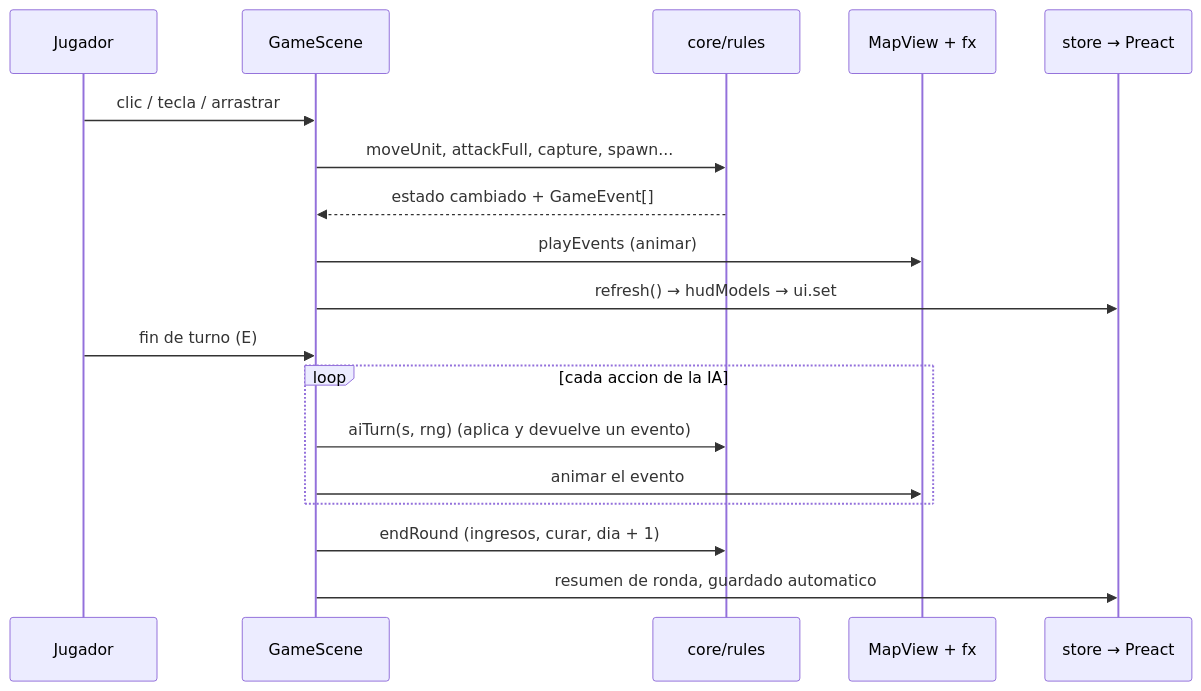
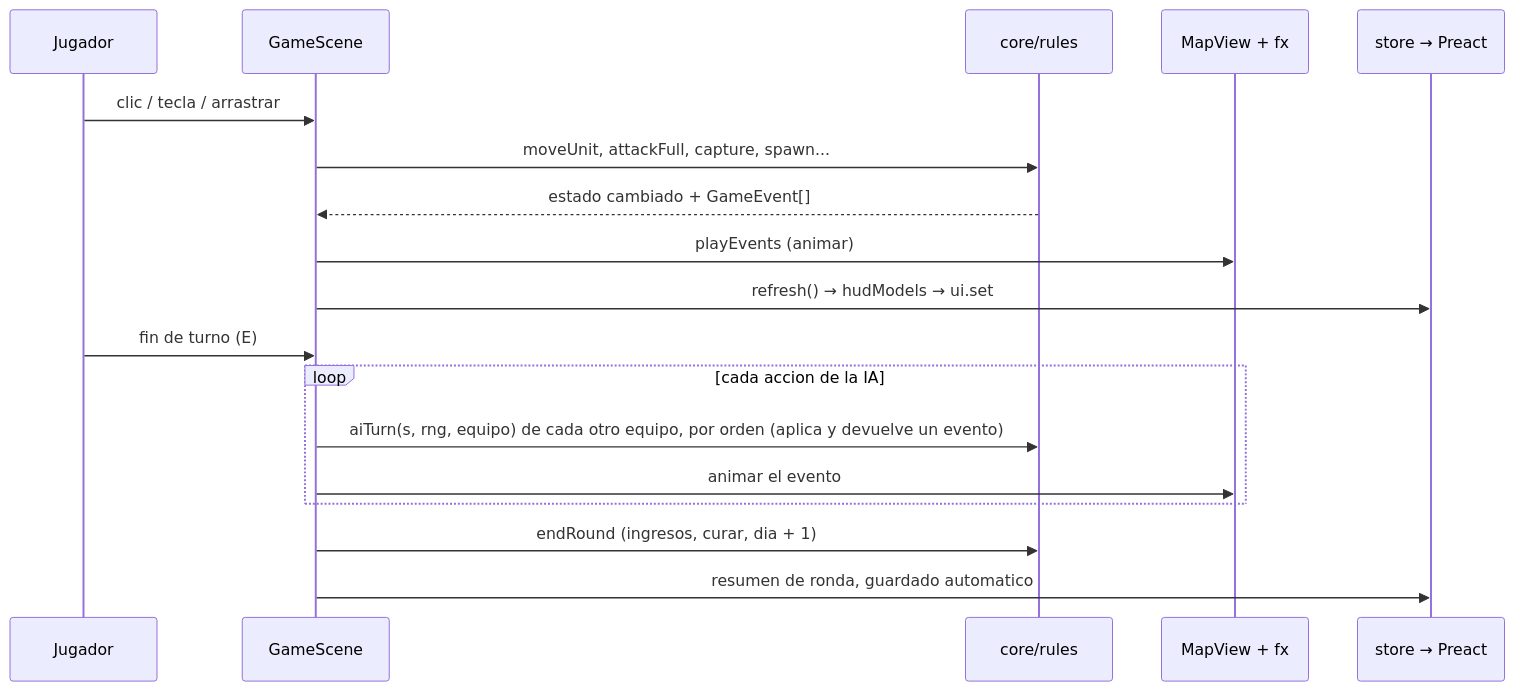
The second of 2 diagrams in docs/ARQUITECTURA.md (uSources/ilogic-remake), drawn with Mermaid before and after one commit. The commit also changed other lines of this file and 10 other files, not shown here.

````diff
--- a/docs/ARQUITECTURA.md
+++ b/docs/ARQUITECTURA.md
@@ -166,20 +191,20 @@
 ```mermaid
 sequenceDiagram
   participant J as Jugador
   participant G as GameScene
   participant R as core/rules
   participant V as MapView + fx
   participant H as store → Preact
   J->>G: clic / tecla / arrastrar
   G->>R: moveUnit, attackFull, capture, spawn...
   R-->>G: estado cambiado + GameEvent[]
   G->>V: playEvents (animar)
   G->>H: refresh() → hudModels → ui.set
   J->>G: fin de turno (E)
   loop cada accion de la IA
-    G->>R: aiTurn(s, rng) (aplica y devuelve un evento)
+    G->>R: aiTurn(s, rng, equipo) de cada otro equipo, por orden (aplica y devuelve un evento)
     G->>V: animar el evento
   end
   G->>R: endRound (ingresos, curar, dia + 1)
   G->>H: resumen de ronda, guardado automatico
 ```
````
